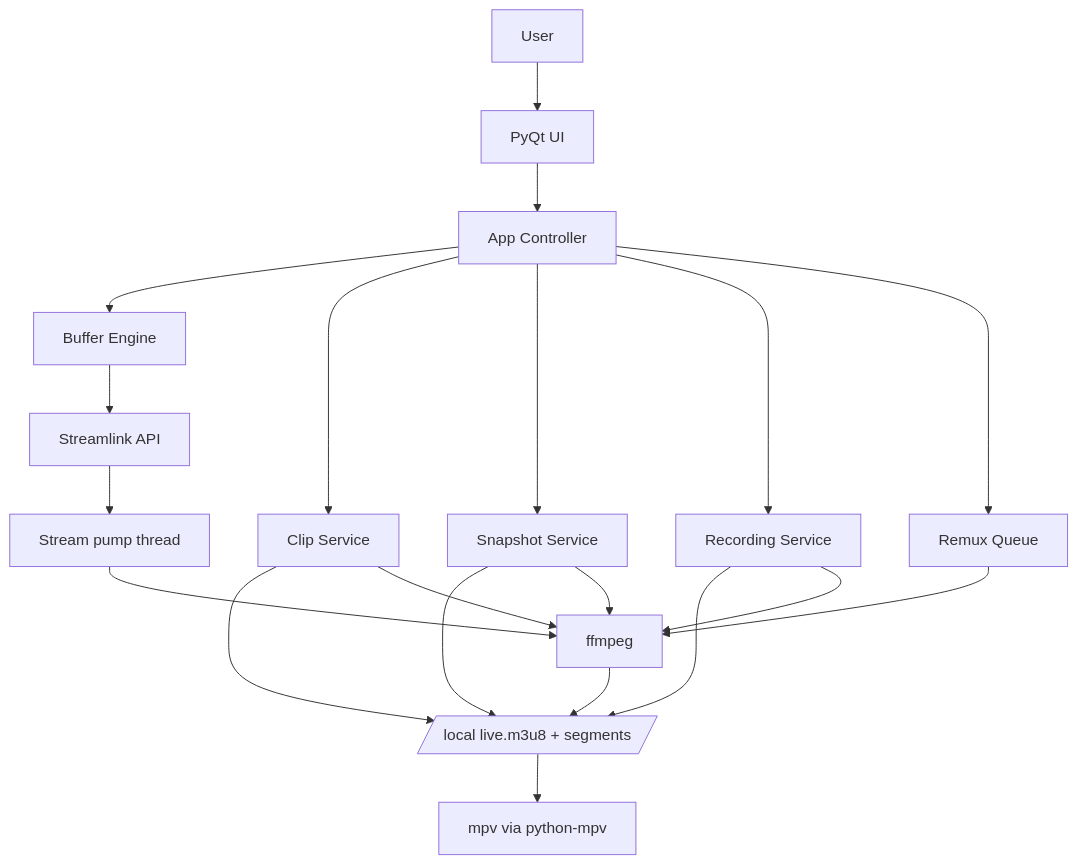
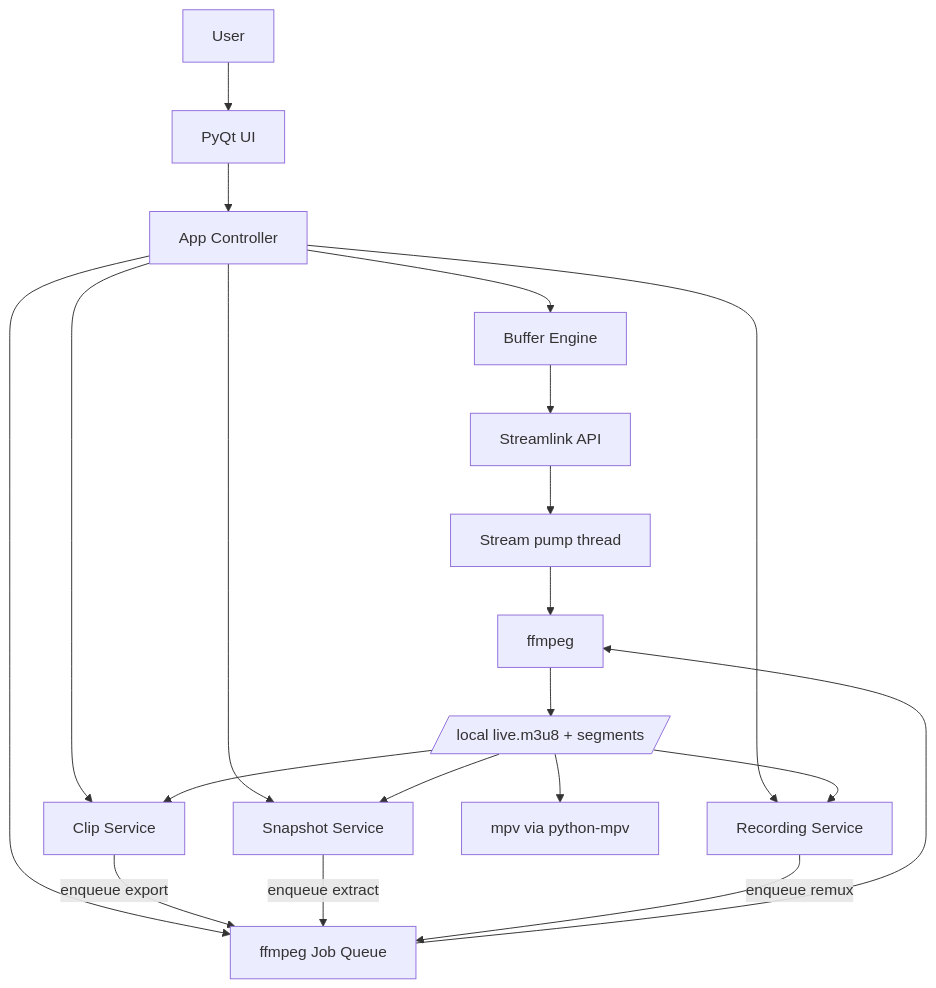
Before and after one commit to tarzasai/clippiti: the first of 2 diagrams in doc/architecture-overview.md, drawn with Mermaid. The commit also changed other lines of this file and 3 other files, not shown here.

````diff
--- a/doc/architecture-overview.md
+++ b/doc/architecture-overview.md
@@ -8,24 +8,25 @@
 ```mermaid
 flowchart TD
     U[User] --> UI[PyQt UI]
     UI --> APP[App Controller]
     APP --> BE[Buffer Engine]
     APP --> CLIP[Clip Service]
     APP --> SNAP[Snapshot Service]
     APP --> REC[Recording Service]
-    APP --> RQ[Remux Queue]
+    APP --> RQ[ffmpeg Job Queue]
 
     BE --> SL[Streamlink API]
     SL --> PUMP[Stream pump thread]
     PUMP --> FF[ffmpeg]
     FF --> HLS[/local live.m3u8 + segments/]
     HLS --> MPV[mpv via python-mpv]
 
-    CLIP --> HLS
-    CLIP --> FF
-    SNAP --> HLS
-    SNAP --> FF
-    REC --> HLS
-    REC --> FF
+    HLS --> CLIP
+    HLS --> SNAP
+    HLS --> REC
+
+    CLIP -->|enqueue export| RQ
+    SNAP -->|enqueue extract| RQ
+    REC -->|enqueue remux| RQ
     RQ --> FF
 ```
````
